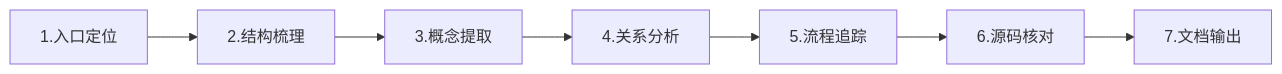
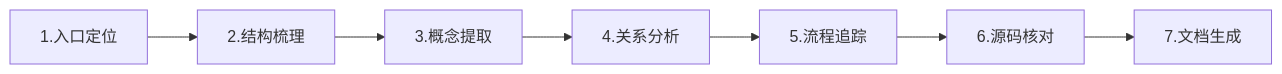
Before and after one commit to wilimm/rocketmq: the diagram in .trae/skills/source-code-analysis/SKILL.md, drawn with Mermaid. The commit also changed other lines of this file and 10 other files, not shown here.

````diff
--- a/.trae/skills/source-code-analysis/SKILL.md
+++ b/.trae/skills/source-code-analysis/SKILL.md
@@ -47,9 +10,9 @@
 ```mermaid
 flowchart LR
     A[1.入口定位] --> B[2.结构梳理]
     B --> C[3.概念提取]
     C --> D[4.关系分析]
     D --> E[5.流程追踪]
     E --> F[6.源码核对]
-    F --> G[7.文档输出]
+    F --> G[7.文档生成]
 ```
````
